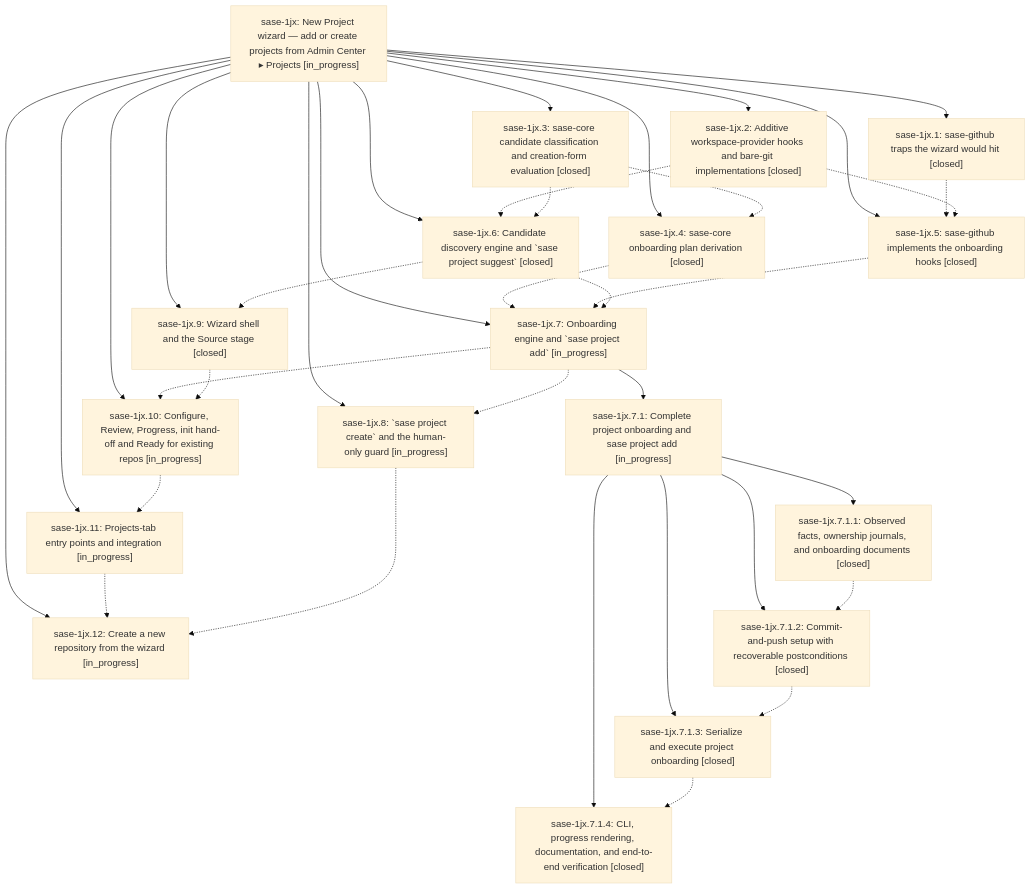
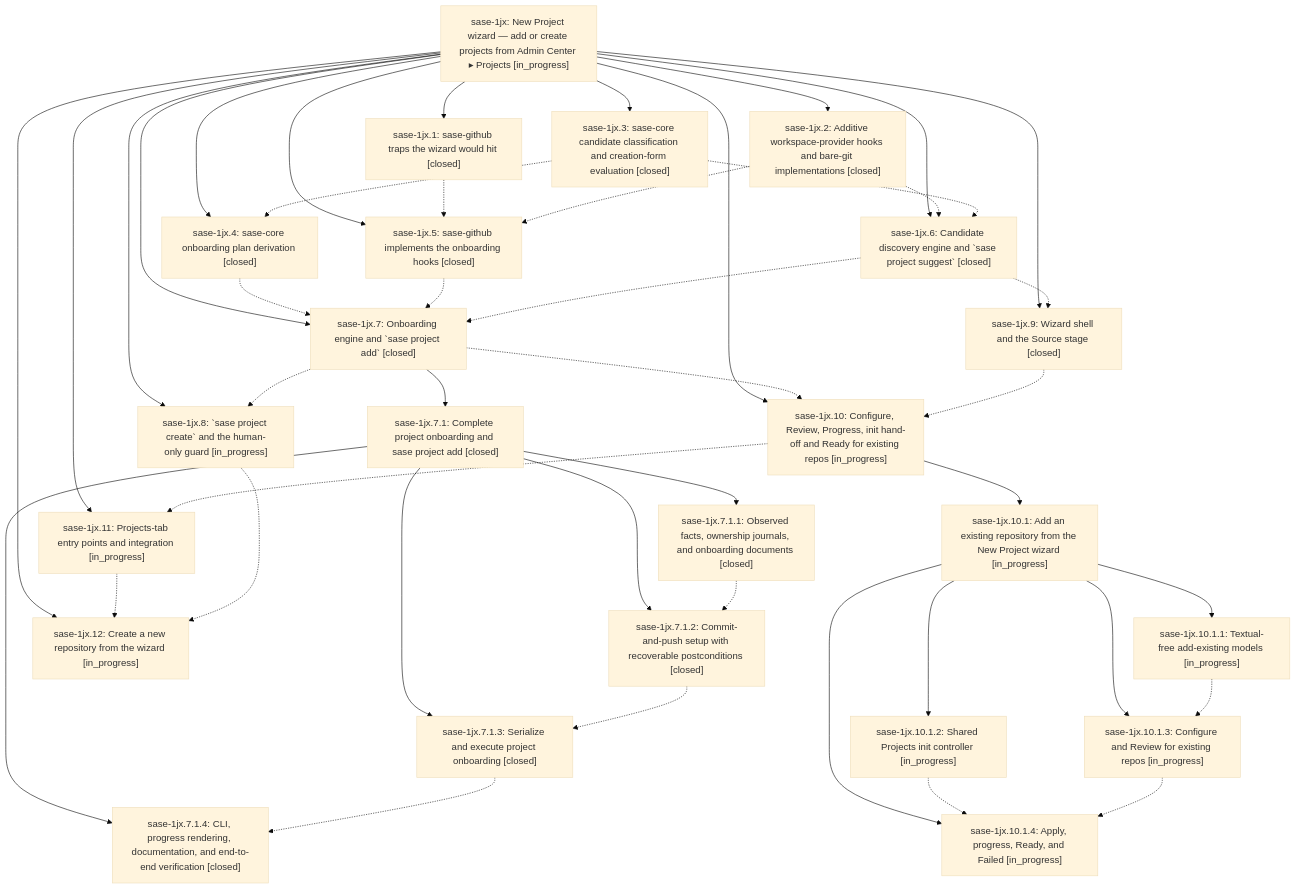
One commit to sase-org/sase--beads changed the diagram in pages/sase-1jx/README.md. Above: the diagram before and after it, drawn with Mermaid (base theme). The commit also changed other lines of this file and 14 other files, not shown here.

````diff
--- a/pages/sase-1jx/README.md
+++ b/pages/sase-1jx/README.md
@@ -51,56 +55,69 @@
 ```mermaid
 flowchart TD
     n0["sase-1jx: New Project wizard — add or create projects from Admin Center ▸ Projects [in_progress]"]
     n1["sase-1jx.1: sase-github traps the wizard would hit [closed]"]
     n2["sase-1jx.10: Configure, Review, Progress, init hand-off and Ready for existing repos [in_progress]"]
-    n3["sase-1jx.11: Projects-tab entry points and integration [in_progress]"]
-    n4["sase-1jx.12: Create a new repository from the wizard [in_progress]"]
-    n5["sase-1jx.2: Additive workspace-provider hooks and bare-git implementations [closed]"]
-    n6["sase-1jx.3: sase-core candidate classification and creation-form evaluation [closed]"]
-    n7["sase-1jx.4: sase-core onboarding plan derivation [closed]"]
-    n8["sase-1jx.5: sase-github implements the onboarding hooks [closed]"]
-    n9["sase-1jx.6: Candidate discovery engine and `sase project suggest` [closed]"]
-    n10["sase-1jx.7: Onboarding engine and `sase project add` [in_progress]"]
-    n11["sase-1jx.7.1: Complete project onboarding and sase project add [in_progress]"]
-    n12["sase-1jx.7.1.1: Observed facts, ownership journals, and onboarding documents [closed]"]
-    n13["sase-1jx.7.1.2: Commit-and-push setup with recoverable postconditions [closed]"]
-    n14["sase-1jx.7.1.3: Serialize and execute project onboarding [closed]"]
-    n15["sase-1jx.7.1.4: CLI, progress rendering, documentation, and end-to-end verification [closed]"]
-    n16["sase-1jx.8: `sase project create` and the human-only guard [in_progress]"]
-    n17["sase-1jx.9: Wizard shell and the Source stage [closed]"]
+    n3["sase-1jx.10.1: Add an existing repository from the New Project wizard [in_progress]"]
+    n4["sase-1jx.10.1.1: Textual-free add-existing models [in_progress]"]
+    n5["sase-1jx.10.1.2: Shared Projects init controller [in_progress]"]
+    n6["sase-1jx.10.1.3: Configure and Review for existing repos [in_progress]"]
+    n7["sase-1jx.10.1.4: Apply, progress, Ready, and Failed [in_progress]"]
+    n8["sase-1jx.11: Projects-tab entry points and integration [in_progress]"]
+    n9["sase-1jx.12: Create a new repository from the wizard [in_progress]"]
+    n10["sase-1jx.2: Additive workspace-provider hooks and bare-git implementations [closed]"]
+    n11["sase-1jx.3: sase-core candidate classification and creation-form evaluation [closed]"]
+    n12["sase-1jx.4: sase-core onboarding plan derivation [closed]"]
+    n13["sase-1jx.5: sase-github implements the onboarding hooks [closed]"]
+    n14["sase-1jx.6: Candidate discovery engine and `sase project suggest` [closed]"]
+    n15["sase-1jx.7: Onboarding engine and `sase project add` [closed]"]
+    n16["sase-1jx.7.1: Complete project onboarding and sase project add [closed]"]
+    n17["sase-1jx.7.1.1: Observed facts, ownership journals, and onboarding documents [closed]"]
+    n18["sase-1jx.7.1.2: Commit-and-push setup with recoverable postconditions [closed]"]
+    n19["sase-1jx.7.1.3: Serialize and execute project onboarding [closed]"]
+    n20["sase-1jx.7.1.4: CLI, progress rendering, documentation, and end-to-end verification [closed]"]
+    n21["sase-1jx.8: `sase project create` and the human-only guard [in_progress]"]
+    n22["sase-1jx.9: Wizard shell and the Source stage [closed]"]
     n0 --> n1
     n0 --> n2
-    n0 --> n3
-    n0 --> n4
-    n0 --> n5
-    n0 --> n6
-    n0 --> n7
+    n2 --> n3
+    n3 --> n4
+    n3 --> n5
+    n3 --> n6
+    n3 --> n7
     n0 --> n8
     n0 --> n9
     n0 --> n10
-    n10 --> n11
-    n11 --> n12
-    n11 --> n13
-    n11 --> n14
-    n11 --> n15
-    n0 --> n16
-    n0 --> n17
-    n1 -.-> n8
-    n2 -.-> n3
-    n3 -.-> n4
-    n5 -.-> n8
-    n5 -.-> n9
+    n0 --> n11
+    n0 --> n12
+    n0 --> n13
+    n0 --> n14
+    n0 --> n15
+    n15 --> n16
+    n16 --> n17
+    n16 --> n18
+    n16 --> n19
+    n16 --> n20
+    n0 --> n21
+    n0 --> n22
+    n1 -.-> n13
+    n2 -.-> n8
+    n4 -.-> n6
+    n5 -.-> n7
     n6 -.-> n7
-    n6 -.-> n9
-    n7 -.-> n10
-    n8 -.-> n10
-    n9 -.-> n10
-    n9 -.-> n17
-    n10 -.-> n2
-    n10 -.-> n16
-    n12 -.-> n13
-    n13 -.-> n14
+    n8 -.-> n9
+    n10 -.-> n13
+    n10 -.-> n14
+    n11 -.-> n12
+    n11 -.-> n14
+    n12 -.-> n15
+    n13 -.-> n15
     n14 -.-> n15
-    n16 -.-> n4
-    n17 -.-> n2
+    n14 -.-> n22
+    n15 -.-> n2
+    n15 -.-> n21
+    n17 -.-> n18
+    n18 -.-> n19
+    n19 -.-> n20
+    n21 -.-> n9
+    n22 -.-> n2
 ```
````
